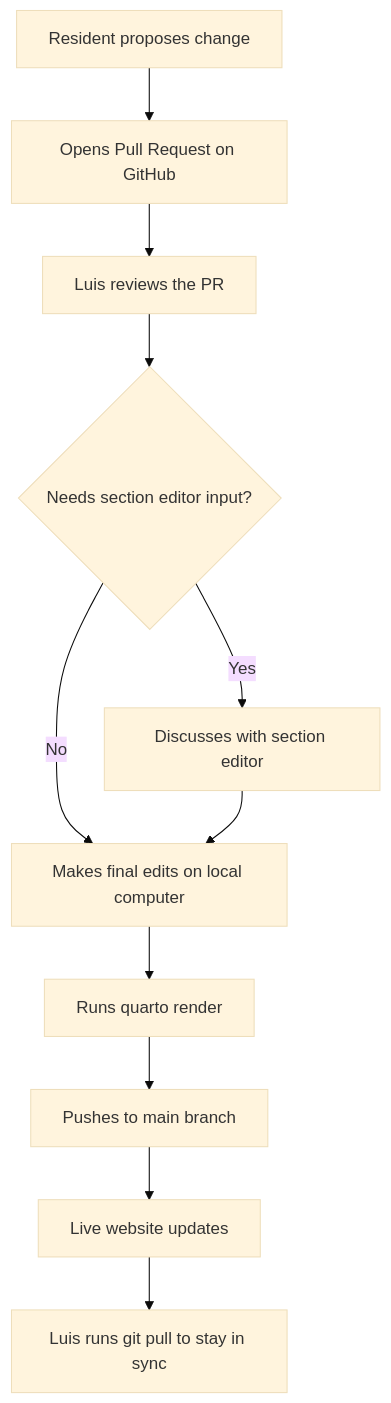
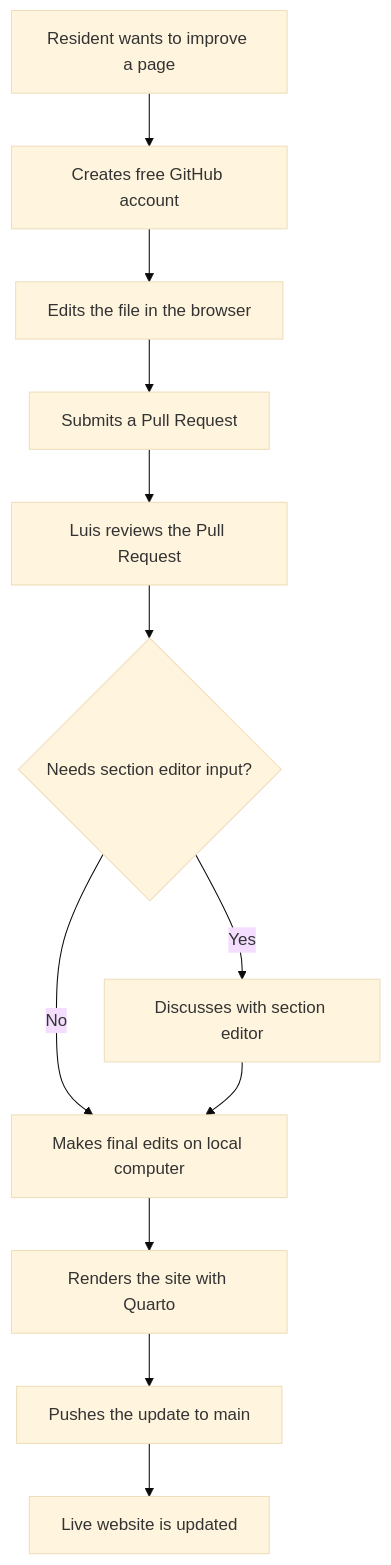
The diagram in README.md (ufneurology/handbook), drawn with Mermaid (base theme) before and after one commit. The commit also changed other lines of this file, not shown here.

````diff
--- a/README.md
+++ b/README.md
@@ -59,14 +59,14 @@
 ```mermaid
 flowchart TD
-    A[Resident proposes change] --> B[Opens Pull Request on GitHub]
-    B --> C[Luis reviews the PR]
-    C --> D{Needs section editor input?}
-    D -->|Yes| E[Discusses with section editor]
-    D -->|No| F[Makes final edits on local computer]
-    E --> F
-    F --> G[Runs quarto render]
-    G --> H[Pushes to main branch]
-    H --> I[Live website updates]
-    I --> J[Luis runs git pull to stay in sync]
-
+    A[Resident wants to improve a page] --> B[Creates free GitHub account]
+    B --> C[Edits the file in the browser]
+    C --> D[Submits a Pull Request]
+    D --> E[Luis reviews the Pull Request]
+    E --> F{Needs section editor input?}
+    F -->|Yes| G[Discusses with section editor]
+    F -->|No| H[Makes final edits on local computer]
+    G --> H
+    H --> I[Renders the site with Quarto]
+    I --> J[Pushes the update to main]
+    J --> K[Live website is updated]
 ```
````
